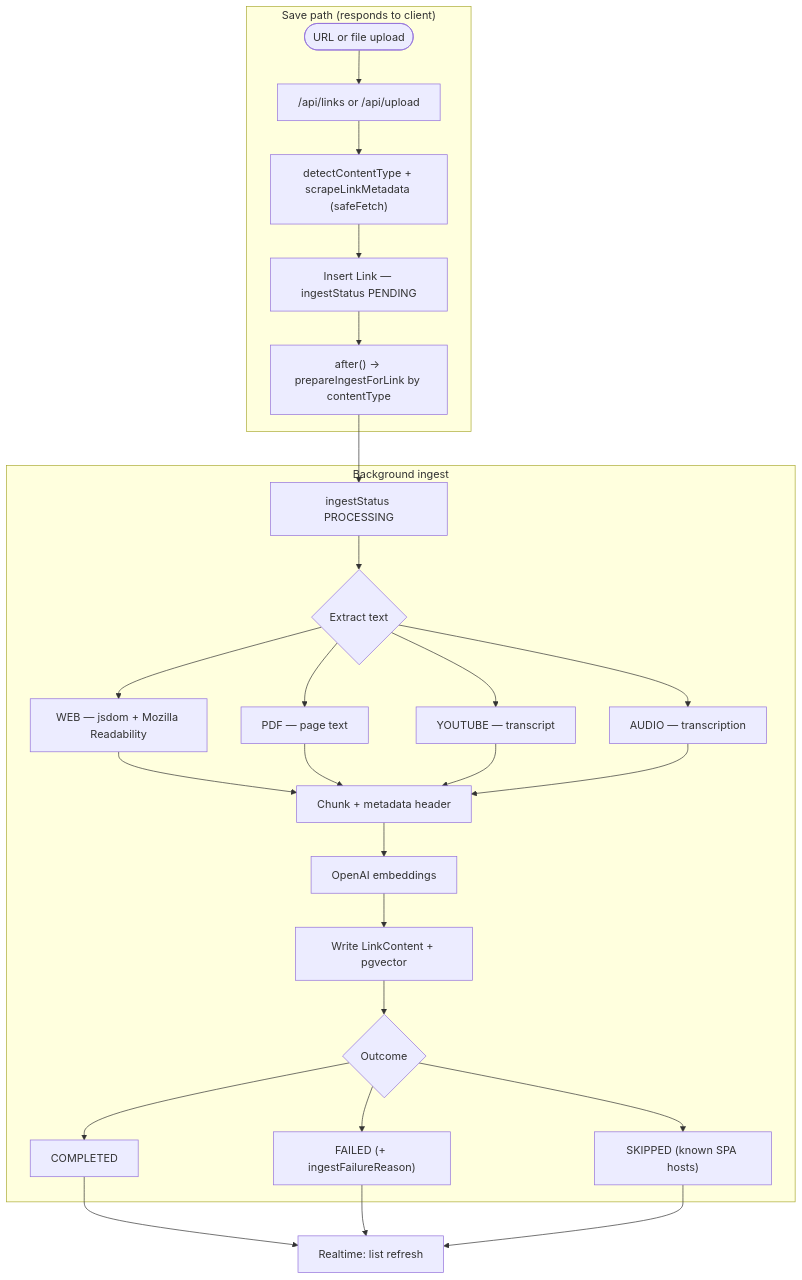
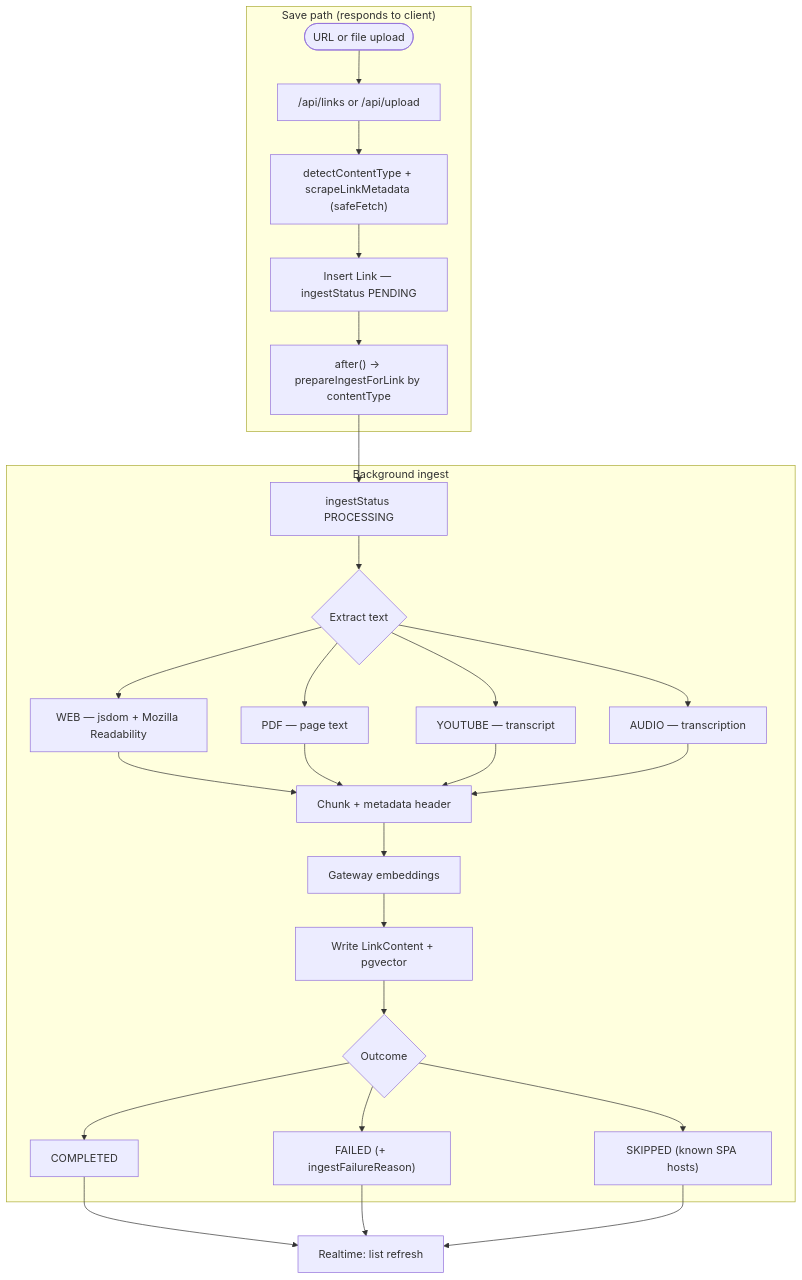
One commit to nublson/purl changed the diagram in README.md. Above: the diagram before and after it, drawn with Mermaid. The commit also changed other lines of this file and 15 other files, not shown here.

First line of the commit message:
feat: AI Gateway embeddings with per-user attribution tags

````diff
--- a/README.md
+++ b/README.md
@@ -65,32 +65,32 @@
 ```mermaid
 flowchart TB
   subgraph save["Save path (responds to client)"]
     A(["URL or file upload"]) --> B["/api/links or /api/upload"]
     B --> C["detectContentType + scrapeLinkMetadata (safeFetch)"]
     C --> D["Insert Link — ingestStatus PENDING"]
     D --> E["after() → prepareIngestForLink by contentType"]
   end
 
   subgraph work["Background ingest"]
     E --> F["ingestStatus PROCESSING"]
     F --> G{"Extract text"}
     G --> W["WEB — jsdom + Mozilla Readability"]
     G --> P["PDF — page text"]
     G --> Y["YOUTUBE — transcript"]
     G --> A2["AUDIO — transcription"]
     W --> H["Chunk + metadata header"]
     P --> H
     Y --> H
     A2 --> H
-    H --> I["OpenAI embeddings"]
+    H --> I["Gateway embeddings"]
     I --> J["Write LinkContent + pgvector"]
     J --> K{"Outcome"}
     K --> K1["COMPLETED"]
     K --> K2["FAILED (+ ingestFailureReason)"]
     K --> K3["SKIPPED (known SPA hosts)"]
   end
 
   K1 --> R["Realtime: list refresh"]
   K2 --> R
   K3 --> R
 ```
````
